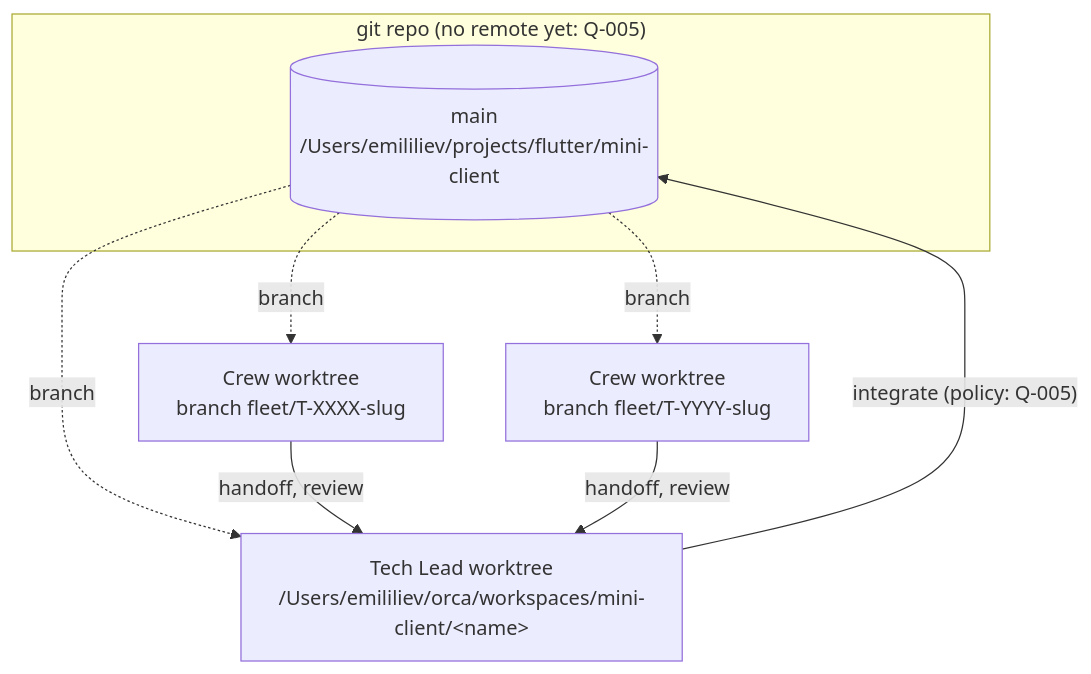
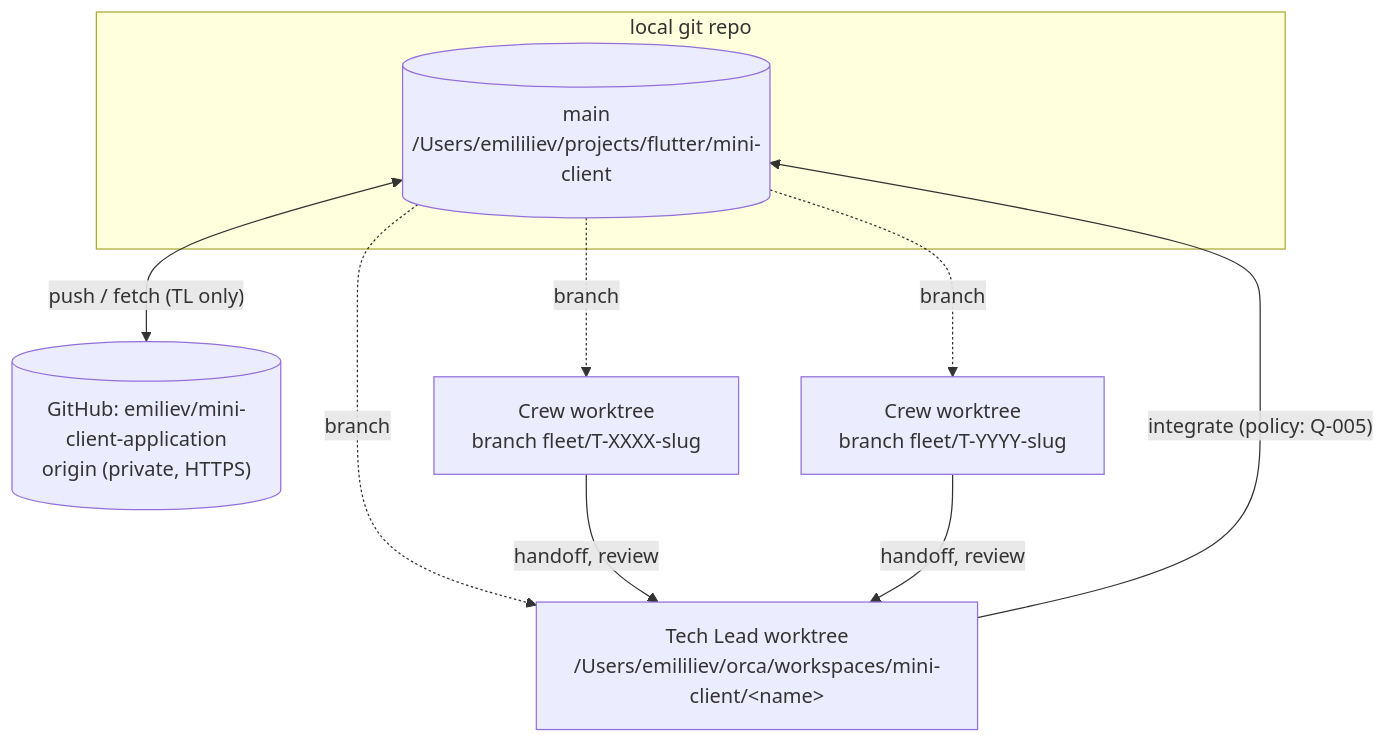
Before and after one commit to emiliev/mini-client-application: the second of 2 diagrams in documents/architecture/overview.md, drawn with Mermaid. The commit also changed 13 other files, not shown here.

First line of the commit message:
T-0006: Link GitHub remote and record access details

````diff
--- a/documents/architecture/overview.md
+++ b/documents/architecture/overview.md
@@ -47,15 +47,17 @@
 ```mermaid
 flowchart TB
-    subgraph repo["git repo (no remote yet: Q-005)"]
+    gh[("GitHub: emiliev/mini-client-application<br/>origin (private, HTTPS)")]
+    subgraph repo["local git repo"]
         main[("main<br/>/Users/emililiev/projects/flutter/mini-client")]
     end
+    main <-->|"push / fetch (TL only)"| gh
     tl["Tech Lead worktree<br/>/Users/emililiev/orca/workspaces/mini-client/&lt;name&gt;"]
     c1["Crew worktree<br/>branch fleet/T-XXXX-slug"]
     c2["Crew worktree<br/>branch fleet/T-YYYY-slug"]
     main -.branch.-> tl
     main -.branch.-> c1
     main -.branch.-> c2
     c1 -->|handoff, review| tl
     c2 -->|handoff, review| tl
     tl -->|"integrate (policy: Q-005)"| main
 ```
````
